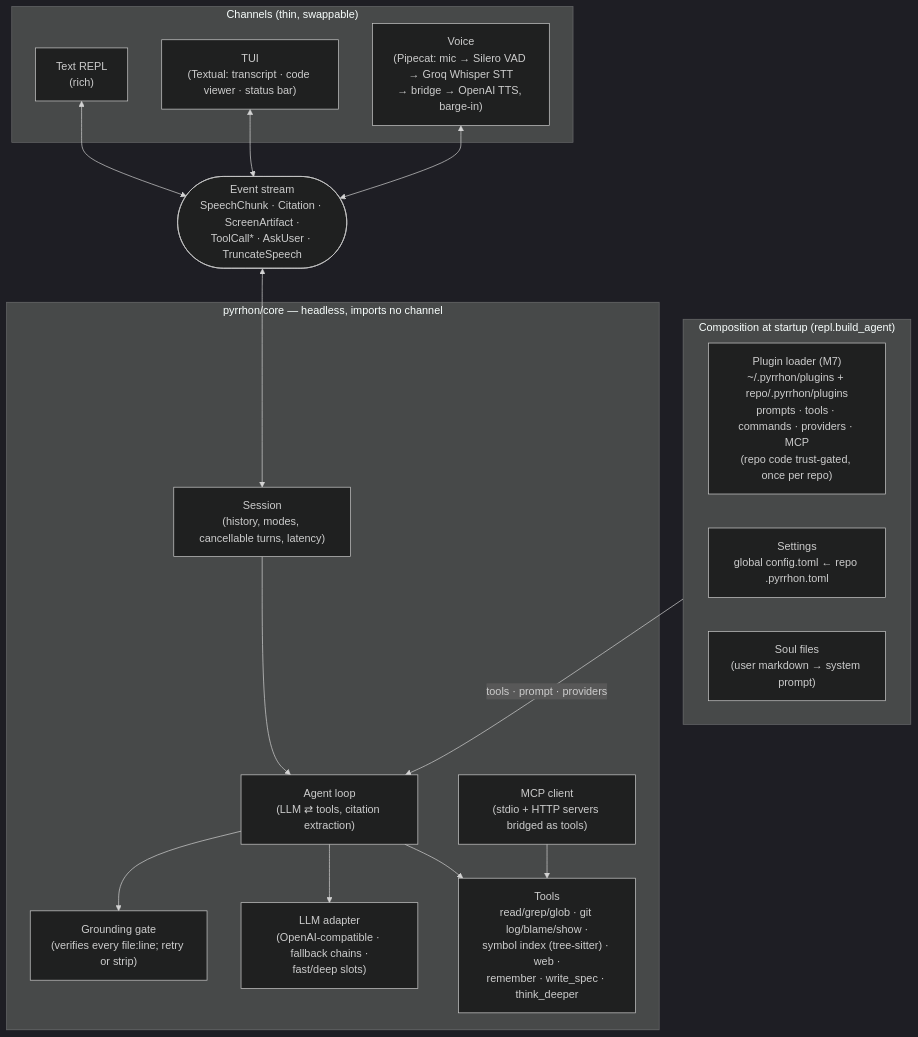
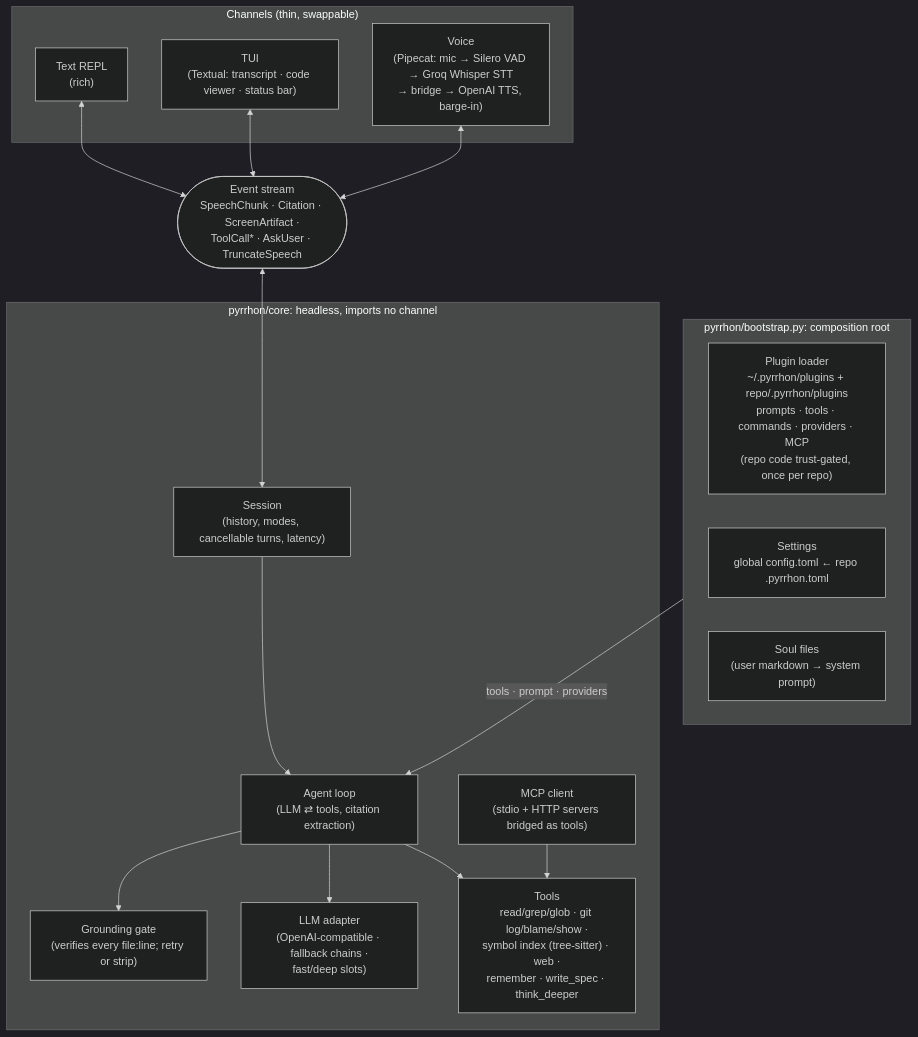
Before and after one commit to prabhjot0109/Pyrrhon: the diagram in README.md, drawn with Mermaid (dark theme). The commit also changed other lines of this file and 1 other file, not shown here.

````diff
--- a/README.md
+++ b/README.md
@@ -209,36 +210,36 @@
 ```mermaid
 flowchart TB
     subgraph channels["Channels (thin, swappable)"]
         REPL["Text REPL<br/>(rich)"]
         TUI["TUI<br/>(Textual: transcript · code viewer · status bar)"]
         VOICE["Voice<br/>(Pipecat: mic → Silero VAD → Groq Whisper STT<br/>→ bridge → OpenAI TTS, barge-in)"]
     end
 
     EVENTS(["Event stream<br/>SpeechChunk · Citation · ScreenArtifact ·<br/>ToolCall* · AskUser · TruncateSpeech"])
 
-    subgraph core["pyrrhon/core — headless, imports no channel"]
+    subgraph core["pyrrhon/core: headless, imports no channel"]
         SESSION["Session<br/>(history, modes, cancellable turns, latency)"]
         AGENT["Agent loop<br/>(LLM ⇄ tools, citation extraction)"]
         GATE["Grounding gate<br/>(verifies every file:line; retry or strip)"]
         LLM["LLM adapter<br/>(OpenAI-compatible · fallback chains ·<br/>fast/deep slots)"]
         TOOLS["Tools<br/>read/grep/glob · git log/blame/show ·<br/>symbol index (tree-sitter) · web ·<br/>remember · write_spec · think_deeper"]
         MCP["MCP client<br/>(stdio + HTTP servers bridged as tools)"]
     end
 
-    subgraph compose["Composition at startup (repl.build_agent)"]
-        PLUGINS["Plugin loader (M7)<br/>~/.pyrrhon/plugins + repo/.pyrrhon/plugins<br/>prompts · tools · commands · providers · MCP<br/>(repo code trust-gated, once per repo)"]
+    subgraph compose["pyrrhon/bootstrap.py: composition root"]
+        PLUGINS["Plugin loader<br/>~/.pyrrhon/plugins + repo/.pyrrhon/plugins<br/>prompts · tools · commands · providers · MCP<br/>(repo code trust-gated, once per repo)"]
         CONFIG["Settings<br/>global config.toml ← repo .pyrrhon.toml"]
         SOUL["Soul files<br/>(user markdown → system prompt)"]
     end
 
     REPL <--> EVENTS
     TUI <--> EVENTS
     VOICE <--> EVENTS
     EVENTS <--> SESSION
     SESSION --> AGENT
     AGENT --> GATE
     AGENT --> LLM
     AGENT --> TOOLS
     MCP --> TOOLS
     compose -->|"tools · prompt · providers"| AGENT
 ```
````
